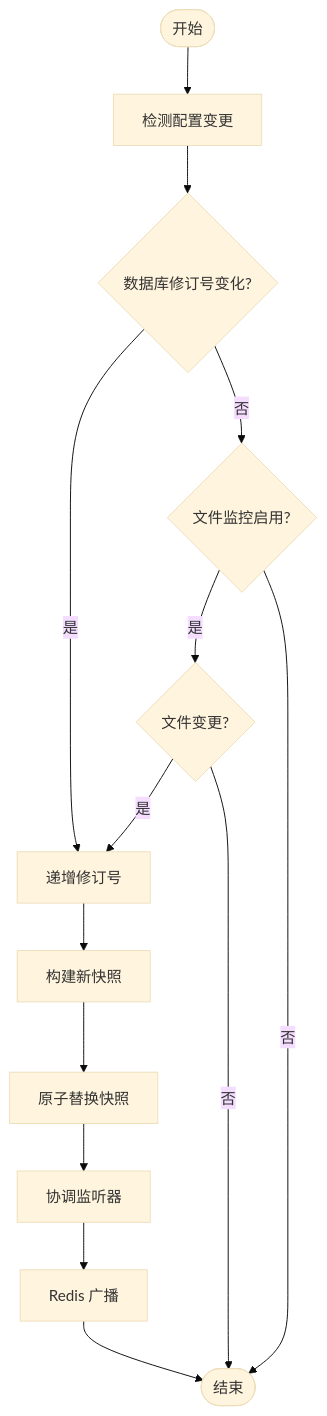
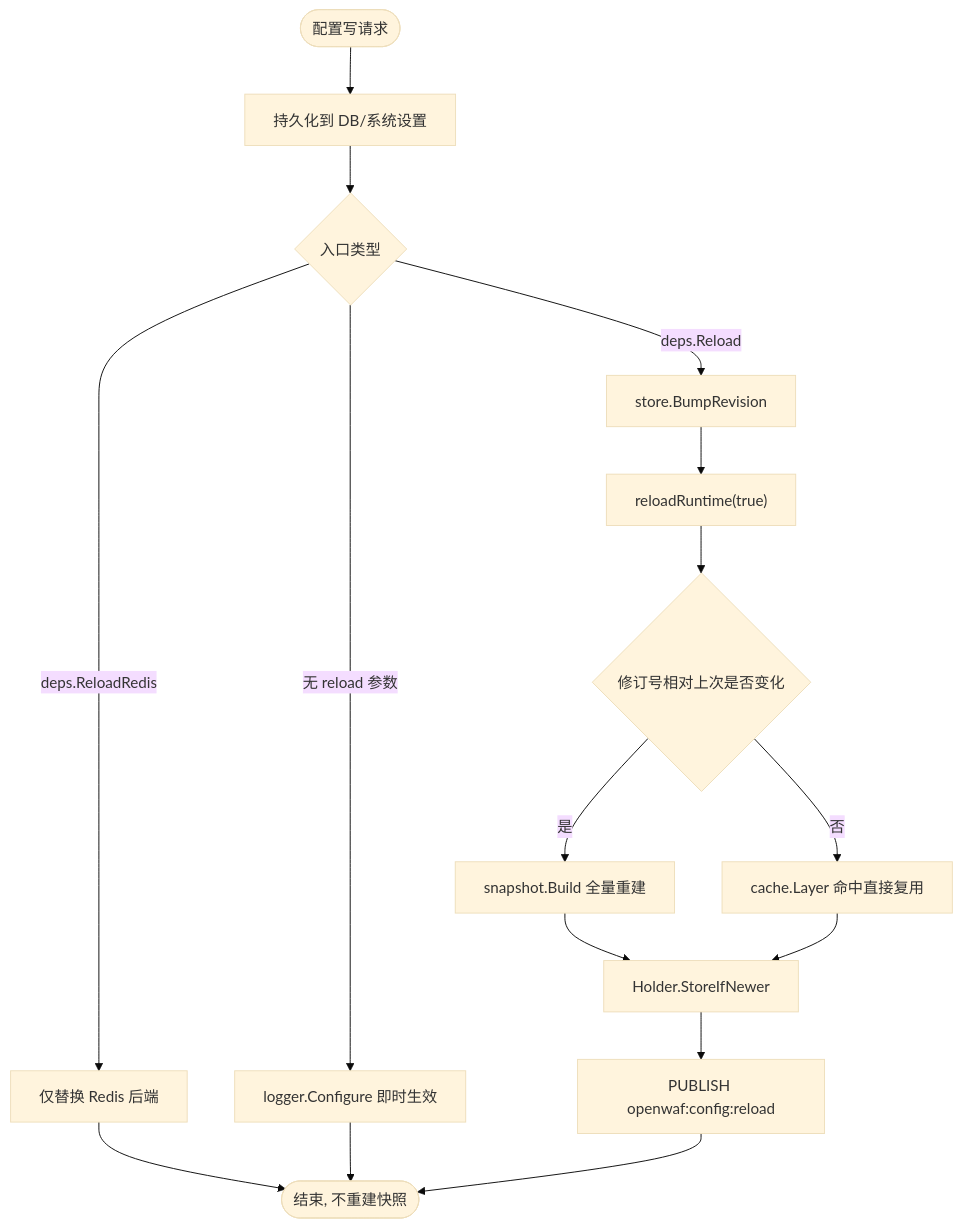
One commit to x01n/My-OpenWaf changed the third of 6 diagrams in docs/配置管理系统/热重载系统.md. Above: the diagram before and after it, drawn with Mermaid (base theme). The commit also changed other lines of this file and 622 other files, not shown here.

````diff
--- a/docs/配置管理系统/热重载系统.md
+++ b/docs/配置管理系统/热重载系统.md
@@ -150,16 +269,18 @@
 ```mermaid
 flowchart TD
-Start(["开始"]) --> Detect["检测配置变更"]
-Detect --> DBChange{"数据库修订号变化?"}
-DBChange --> |是| Bump["递增修订号"]
-DBChange --> |否| FileMon{"文件监控启用?"}
-FileMon --> |是| FSChange{"文件变更?"}
-FSChange --> |是| Bump
-FSChange --> |否| End(["结束"])
-FileMon --> |否| End
-Bump --> Build["构建新快照"]
-Build --> AtomicSwap["原子替换快照"]
-AtomicSwap --> Reconcile["协调监听器"]
-Reconcile --> Notify["Redis 广播"]
+Start(["配置写请求"]) --> Save["持久化到 DB/系统设置"]
+Save --> Kind{"入口类型"}
+Kind --> |deps.Reload| Bump["store.BumpRevision"]
+Kind --> |deps.ReloadRedis| Swap["仅替换 Redis 后端"]
+Kind --> |无 reload 参数| Immediate["logger.Configure 即时生效"]
+Bump --> Reload["reloadRuntime(true)"]
+Swap --> End(["结束, 不重建快照"])
+Immediate --> End
+Reload --> Detect{"修订号相对上次是否变化"}
+Detect --> |是| Build["snapshot.Build 全量重建"]
+Detect --> |否| CacheHit["cache.Layer 命中直接复用"]
+Build --> Publish["Holder.StoreIfNewer"]
+CacheHit --> Publish
+Publish --> Notify["PUBLISH openwaf:config:reload"]
 Notify --> End
 ```
````
